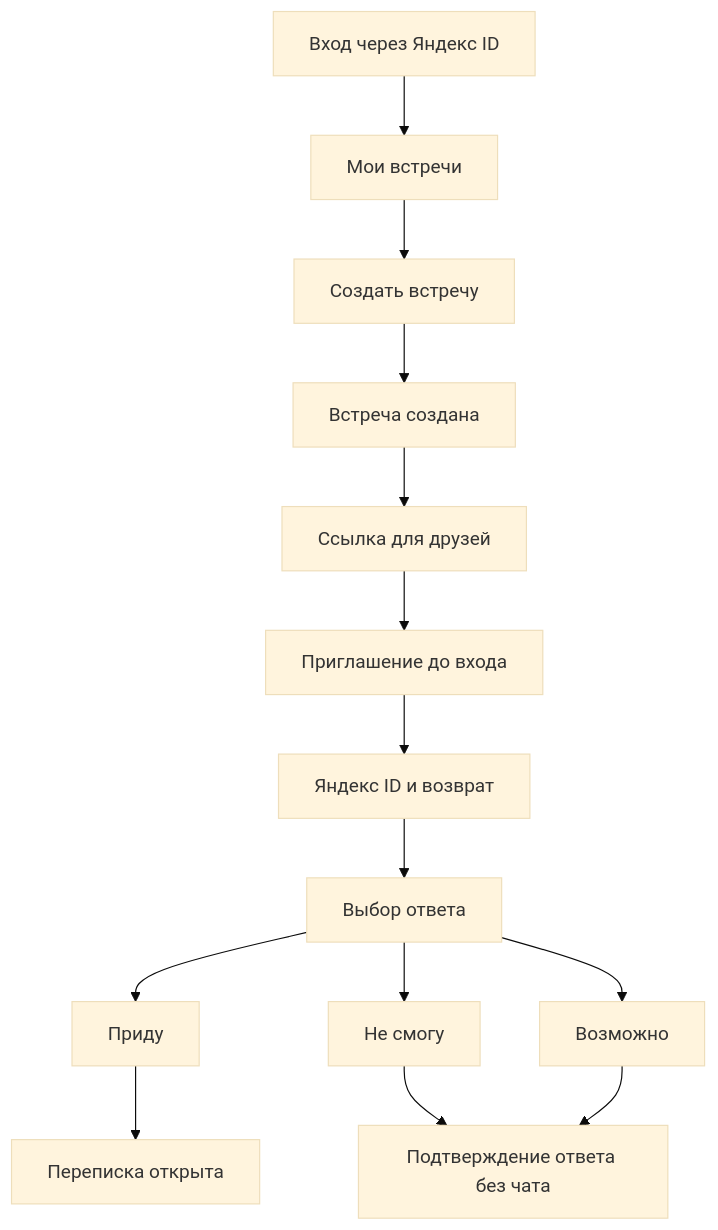
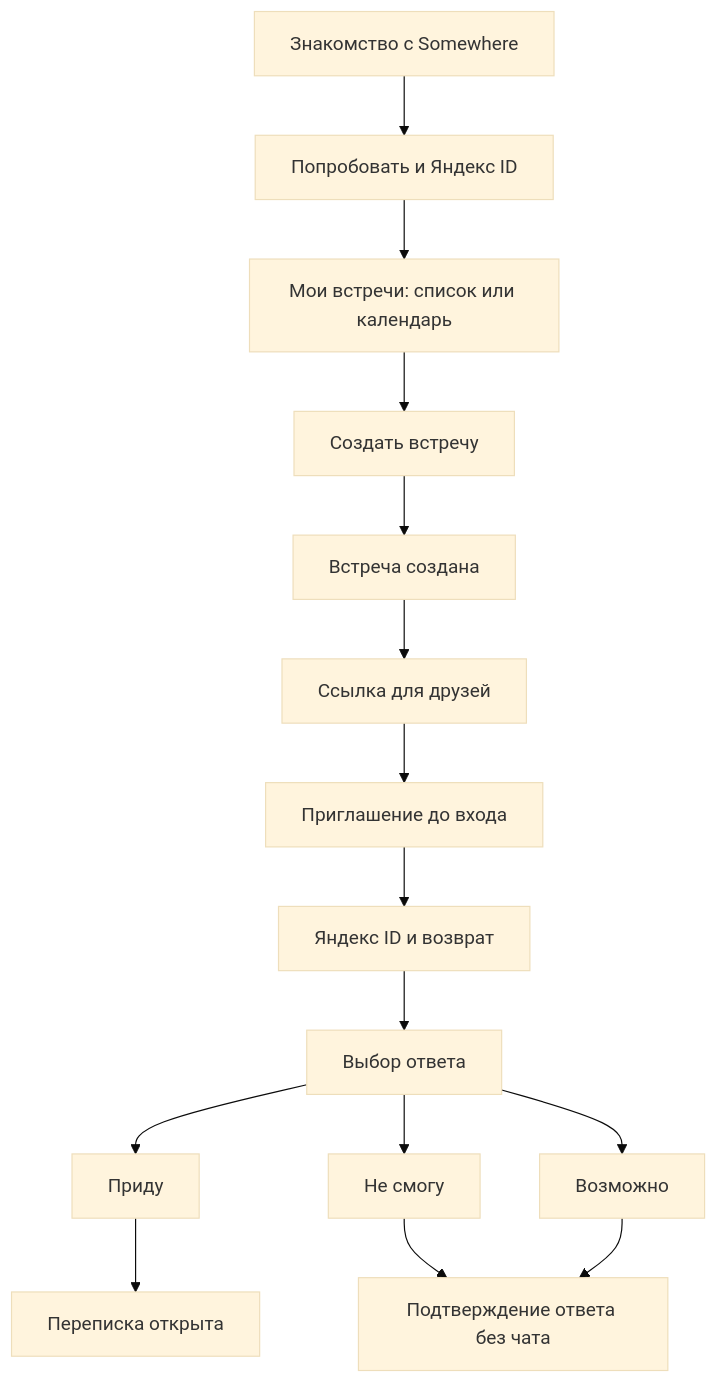
The diagram in openspec/changes/gathering-activity-feed/journey.md (etozhenerk/group-planning), drawn with Mermaid (base theme) before and after one commit. The commit also changed other lines of this file and 128 other files, not shown here.

````diff
--- a/openspec/changes/gathering-activity-feed/journey.md
+++ b/openspec/changes/gathering-activity-feed/journey.md
@@ -35,16 +35,17 @@
 ```mermaid
 flowchart TD
-    A[Вход через Яндекс ID] --> B[Мои встречи]
+    Z[Знакомство с Somewhere] --> A[Попробовать и Яндекс ID]
+    A --> B[Мои встречи: список или календарь]
     B --> C[Создать встречу]
     C --> D[Встреча создана]
     D --> E[Ссылка для друзей]
     E --> F[Приглашение до входа]
     F --> G[Яндекс ID и возврат]
     G --> H[Выбор ответа]
     H --> I[Приду]
     H --> J[Не смогу]
     H --> K[Возможно]
     I --> L[Переписка открыта]
     J --> M[Подтверждение ответа без чата]
     K --> M
 ```
````
